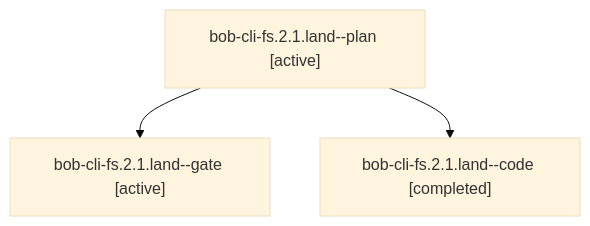
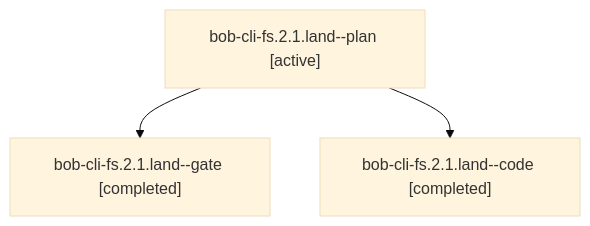
The diagram in sessions/bbugyi200.athena.bob-cli-fs.2.1.land.md (bobs-org/bob-cli--agents), drawn with Mermaid (base theme) before and after one commit. The commit also changed other lines of this file and 47 other files, not shown here.

````diff
--- a/sessions/bbugyi200.athena.bob-cli-fs.2.1.land.md
+++ b/sessions/bbugyi200.athena.bob-cli-fs.2.1.land.md
@@ -9,8 +9,8 @@
 ```mermaid
 flowchart TD
   n0["bob-cli-fs.2.1.land--plan [active]"]
-  n1["bob-cli-fs.2.1.land--gate [active]"]
+  n1["bob-cli-fs.2.1.land--gate [completed]"]
   n0 --> n1
   n2["bob-cli-fs.2.1.land--code [completed]"]
   n0 --> n2
 ```
````
